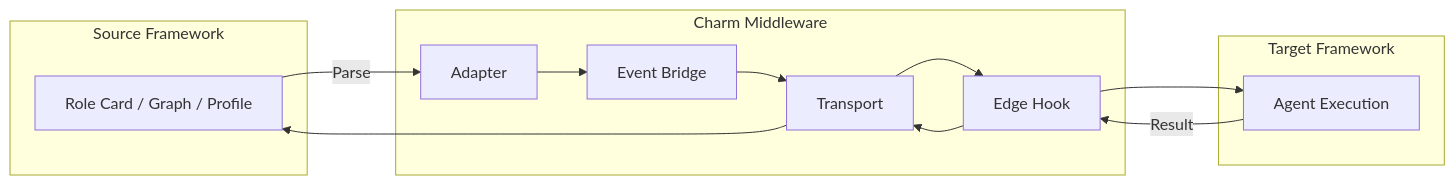
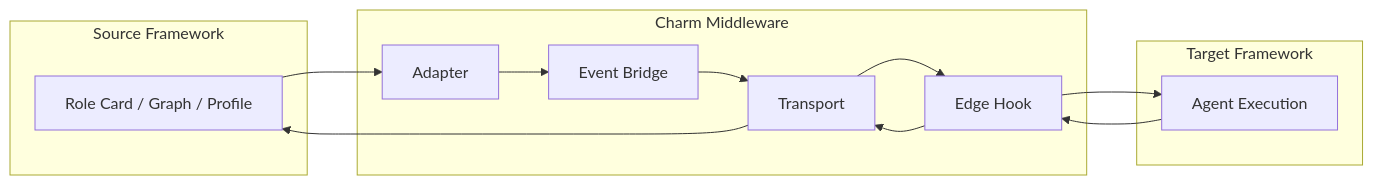
The diagram in docs/ARCHITECTURE.md (CharmAIOS/CharmOS), drawn with Mermaid before and after one commit.

Commit message:
Revise flow diagram and agent adapter details
Updated flow diagram and clarified agent adapter definitions.

````diff
--- a/docs/ARCHITECTURE.md
+++ b/docs/ARCHITECTURE.md
@@ -2,25 +2,25 @@
 ```mermaid
 flowchart LR
     subgraph FrameworkA["Source Framework"]
         A1[Role Card / Graph / Profile]
     end
 
     subgraph Charm["Charm Middleware"]
         C1[Adapter]
         C2[Event Bridge]
         C4[Transport]
         C5[Edge Hook]
     end
 
     subgraph FrameworkB["Target Framework"]
         B1[Agent Execution]
     end
 
     %% Flow
-    A1 -->|Parse| C1
+    A1 --> C1
     C1 --> C2
     C2 --> C4
     C4 --> C5
     C5 --> B1
-    B1 -->|Result| C5 --> C4 --> A1
+    B1 --> C5 --> C4 --> A1
 ```
````
